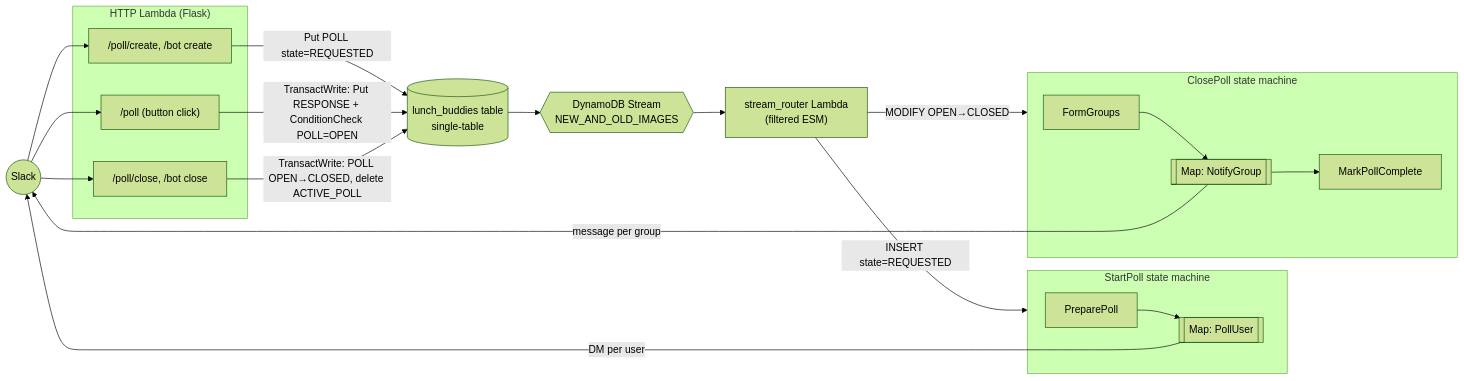
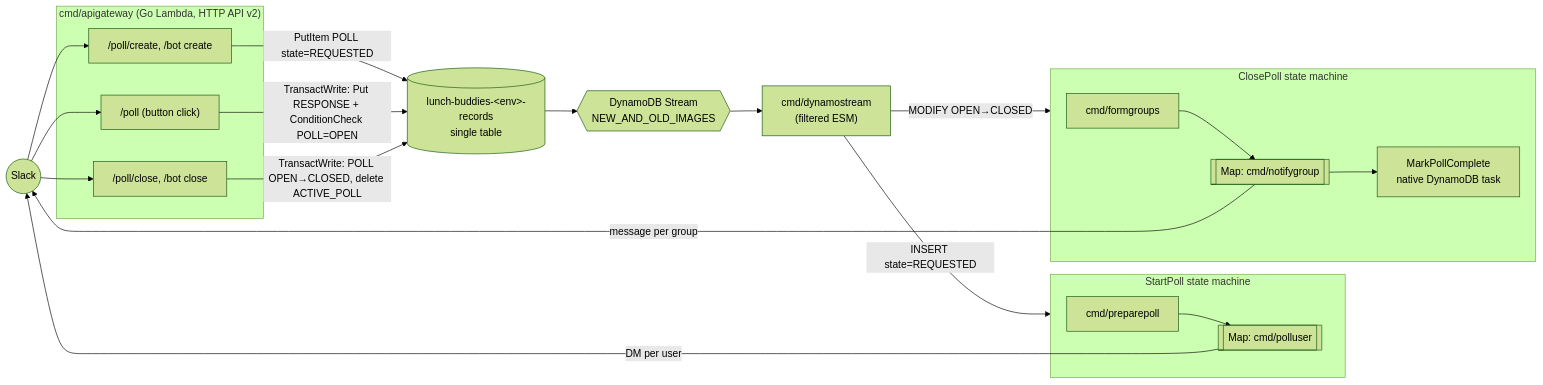
The diagram in docs/design/event-driven-single-table.md (qsweber/lunch-buddies), drawn with Mermaid (forest theme) before and after one commit. The commit also changed other lines of this file, not shown here.

````diff
--- a/docs/design/event-driven-single-table.md
+++ b/docs/design/event-driven-single-table.md
@@ -46,28 +48,28 @@
 ```mermaid
 flowchart LR
     Slack((Slack))
-    subgraph API["HTTP Lambda (Flask)"]
+    subgraph API["cmd/apigateway (Go Lambda, HTTP API v2)"]
       create["/poll/create, /bot create"]
       respond["/poll (button click)"]
       close["/poll/close, /bot close"]
     end
-    DDB[(lunch_buddies table<br/>single-table)]
+    DDB[(lunch-buddies-&lt;env&gt;-records<br/>single table)]
     Stream{{DynamoDB Stream<br/>NEW_AND_OLD_IMAGES}}
-    Router["stream_router Lambda<br/>(filtered ESM)"]
+    Router["cmd/dynamostream<br/>(filtered ESM)"]
     subgraph SFN1["StartPoll state machine"]
-      v[PreparePoll] --> m1[[Map: PollUser]]
+      v[cmd/preparepoll] --> m1[[Map: cmd/polluser]]
     end
     subgraph SFN2["ClosePoll state machine"]
-      g[FormGroups] --> m2[[Map: NotifyGroup]] --> done[MarkPollComplete]
+      g[cmd/formgroups] --> m2[[Map: cmd/notifygroup]] --> done[MarkPollComplete<br/>native DynamoDB task]
     end
 
     Slack --> create & respond & close
-    create -- "Put POLL state=REQUESTED" --> DDB
+    create -- "PutItem POLL state=REQUESTED" --> DDB
     respond -- "TransactWrite: Put RESPONSE + ConditionCheck POLL=OPEN" --> DDB
     close -- "TransactWrite: POLL OPEN→CLOSED, delete ACTIVE_POLL" --> DDB
     DDB --> Stream --> Router
     Router -- "INSERT state=REQUESTED" --> SFN1
     Router -- "MODIFY OPEN→CLOSED" --> SFN2
     m1 -- "DM per user" --> Slack
     m2 -- "message per group" --> Slack
 ```
````
